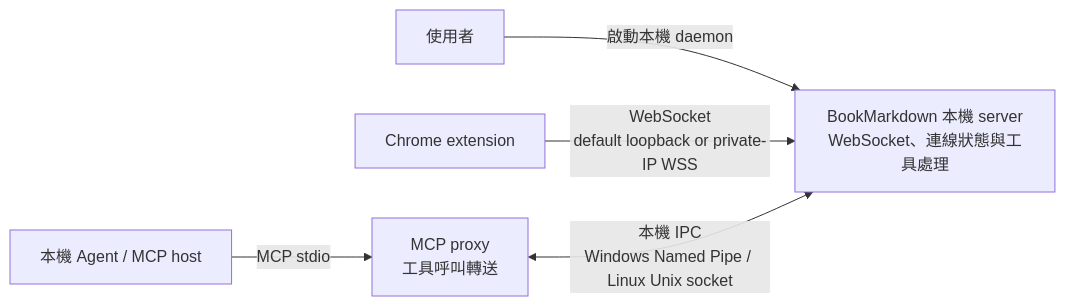
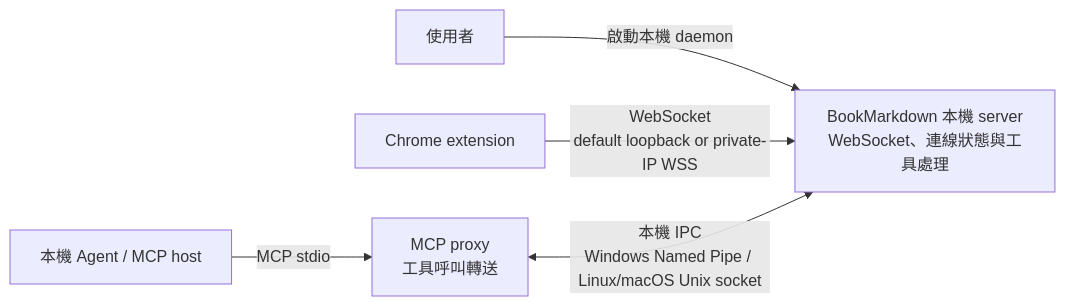
Before and after one commit to bookmarkdown/mcp-server: the diagram in docs/architecture.md, drawn with Mermaid. The commit also changed other lines of this file and 22 other files, not shown here.

````diff
--- a/docs/architecture.md
+++ b/docs/architecture.md
@@ -14,7 +14,7 @@
 ```mermaid
 flowchart LR
     U["使用者"] -->|"啟動本機 daemon"| D["BookMarkdown 本機 server<br/>WebSocket、連線狀態與工具處理"]
     C["Chrome extension"] -->|"WebSocket<br/>default loopback or private-IP WSS"| D
     A["本機 Agent / MCP host"] -->|"MCP stdio"| P["MCP proxy<br/>工具呼叫轉送"]
-    P <-->|"本機 IPC<br/>Windows Named Pipe / Linux Unix socket"| D
+    P <-->|"本機 IPC<br/>Windows Named Pipe / Linux/macOS Unix socket"| D
 ```
````
